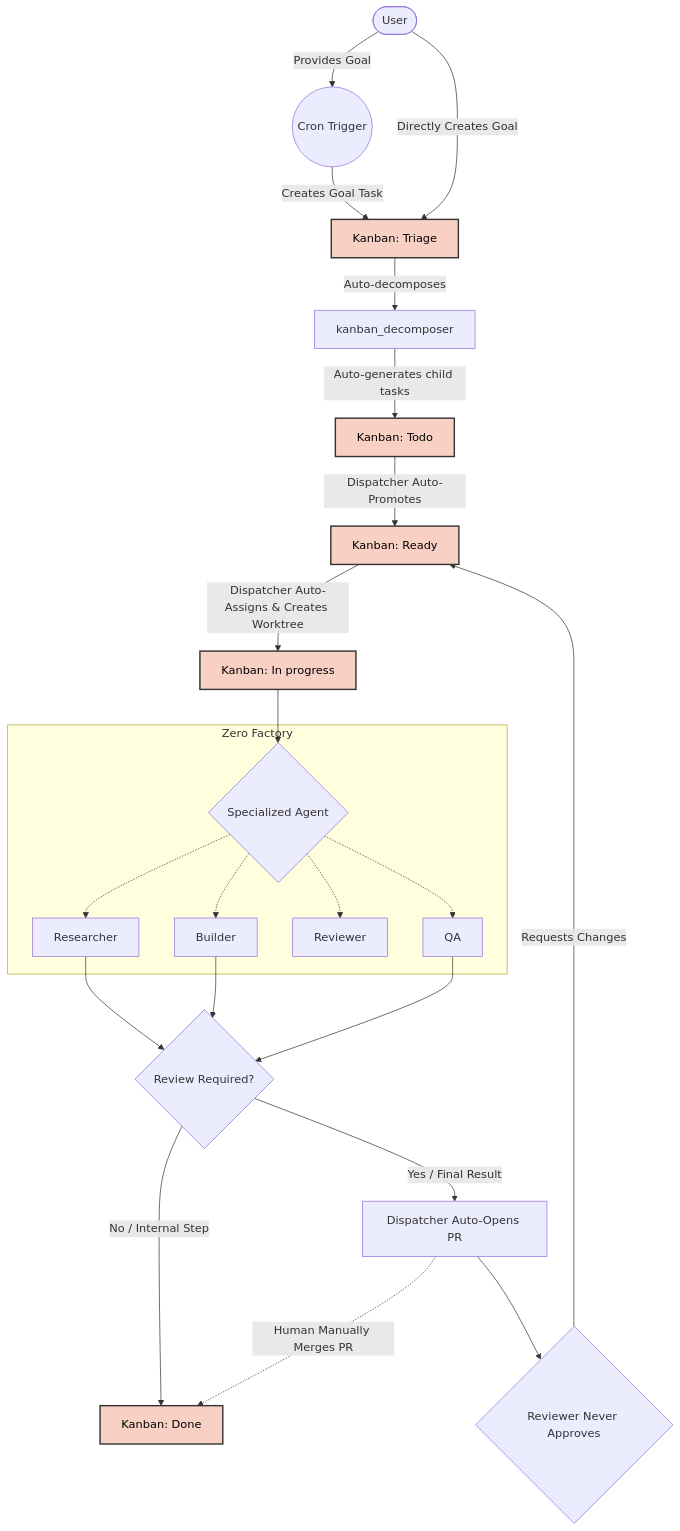
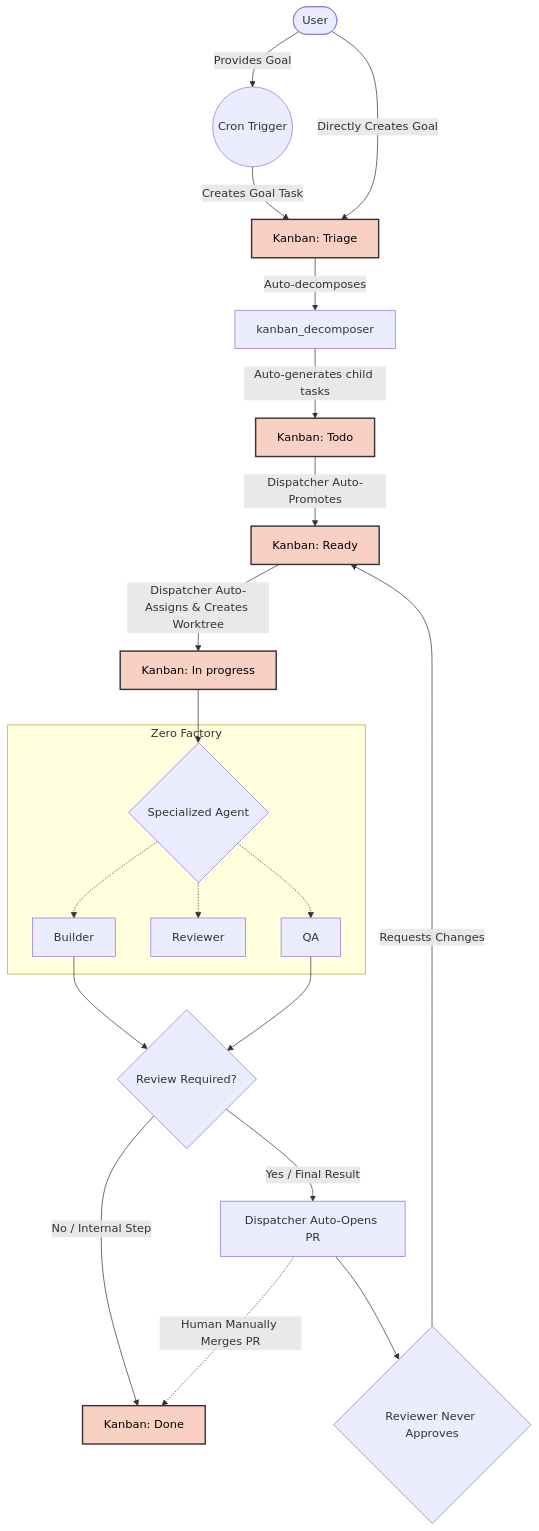
One commit to hotcode-dev/zerofactory changed the diagram in README.md. Above: the diagram before and after it, drawn with Mermaid. The commit also changed other lines of this file and 6 other files, not shown here.

````diff
--- a/README.md
+++ b/README.md
@@ -36,39 +36,39 @@
 ```mermaid
 graph TD
     classDef kanban fill:#f9d0c4,stroke:#333,stroke-width:2px,color:#000;
     
     User([User]) -->|Provides Goal| Cron((Cron Trigger))
     Cron -->|Creates Goal Task| Triage[Kanban: Triage]:::kanban
     
     User -->|Directly Creates Goal| Triage
     
     Triage -->|Auto-decomposes| Decomposer[kanban_decomposer]
     Decomposer -->|Auto-generates child tasks| Todo[Kanban: Todo]:::kanban
     
     Todo -->|Dispatcher Auto-Promotes| Ready[Kanban: Ready]:::kanban
     
     Ready -->|Dispatcher Auto-Assigns & Creates Worktree| InProgress[Kanban: In progress]:::kanban
     
     InProgress --> AgentWork{Specialized Agent}
     
     subgraph Zero Factory
-        AgentWork -.-> Researcher
+
         AgentWork -.-> Builder
         AgentWork -.-> Reviewer
         AgentWork -.-> QA
     end
     
-    Researcher --> TaskComplete
+
     Builder --> TaskComplete
     QA --> TaskComplete
     
     TaskComplete{Review Required?}
     TaskComplete -->|No / Internal Step| Done[Kanban: Done]:::kanban
     
     TaskComplete -->|Yes / Final Result| PR[Dispatcher Auto-Opens PR]
     
     PR --> ReviewerLoop{Reviewer Never Approves}
     ReviewerLoop -->|Requests Changes| Ready
     
     PR -.->|Human Manually Merges PR| Done
 ```
````
